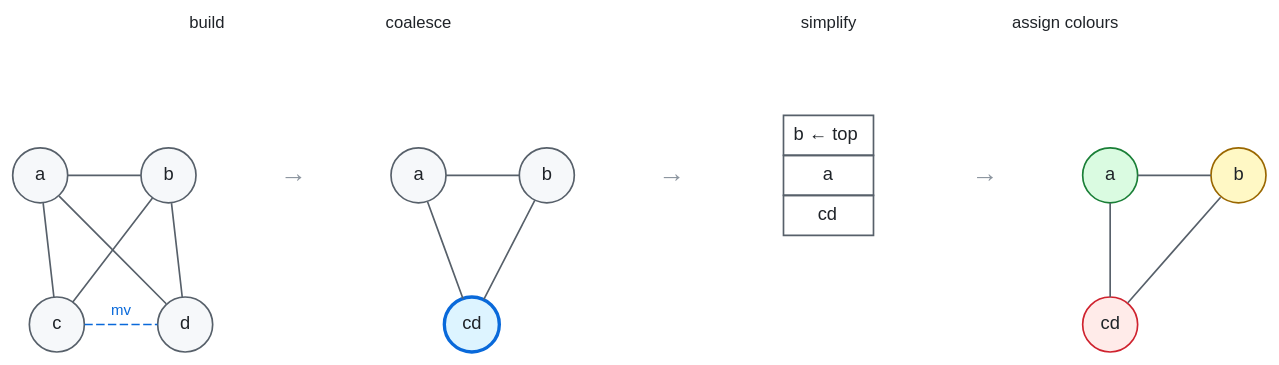
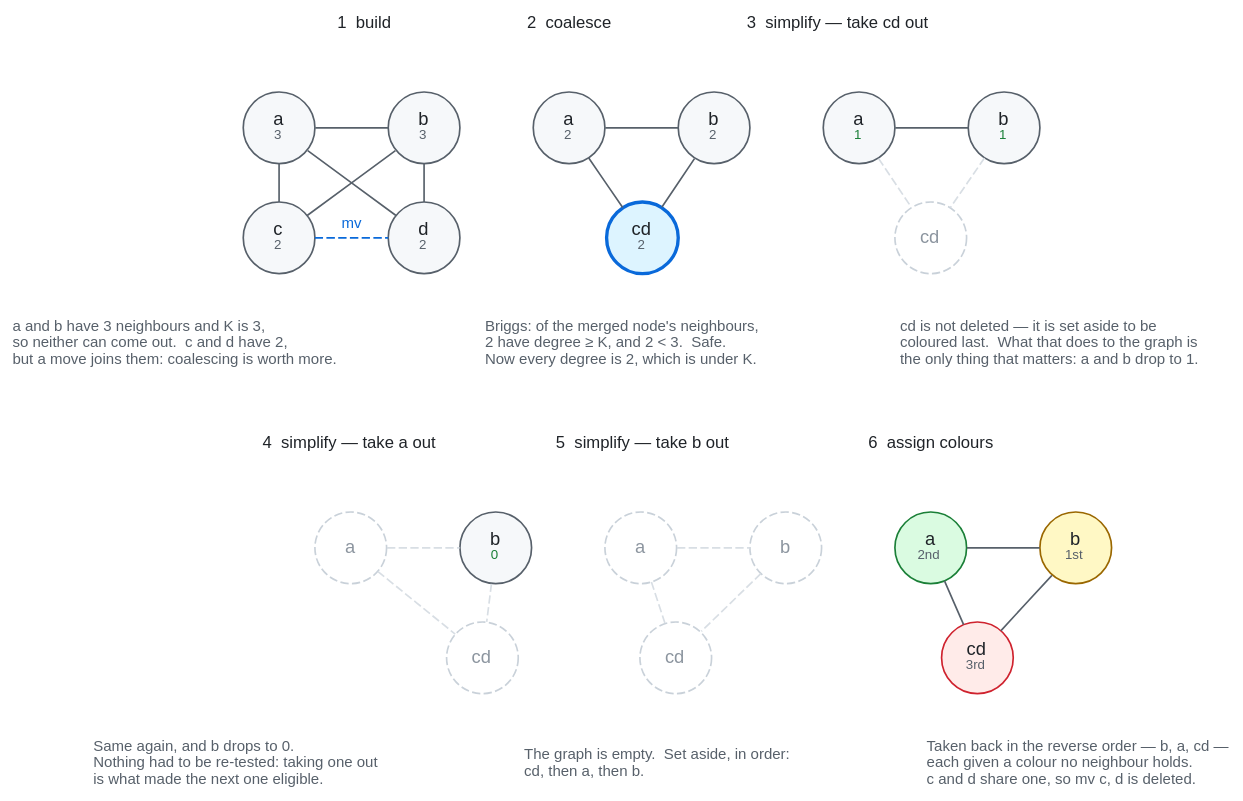
One commit to aita/CompLab changed the diagram in Sable/compiler/doc/figures/steps.dot. Above: the diagram before and after it, drawn with Graphviz. The commit also changed 13 other files, not shown here.

```diff
--- a/Sable/compiler/doc/figures/steps.dot
+++ b/Sable/compiler/doc/figures/steps.dot
@@ -1,70 +1,113 @@
-// One graph carried through the loop, a step at a time.  A miniature: K is 3
-// and there are four values, because a real interference graph is the size of
-// the one in interference.dot and will not fit on a page.
-// The prose that goes with each panel is in doc/regalloc.md §4.
+// The loop, panel by panel, on a miniature: K is 3 and there are four values,
+// because a real interference graph is the size of the one in
+// interference.dot and will not fit on a page.
+//
+// The degree under each name is the point of the middle panels.  Taking a node
+// out of the graph is not deleting the value: it is deciding to colour that one
+// last, and what it does to the graph is lower its neighbours' degrees.  That
+// is why the rest come off without anything else having to be checked.
+//
+// See doc/regalloc.md §3 and §4.
 // Render with ./render.sh (needs graphviz).
 digraph steps {
   rankdir = TB;
   bgcolor = "transparent";
   nodesep = 0.30;
-  ranksep = 0.45;
+  ranksep = 0.30;
   node [shape = circle, style = filled, fillcolor = "#f6f8fa",
         color = "#57606a", fontcolor = "#1f2328",
-        fontname = "Helvetica", fontsize = 11, width = 0.46, fixedsize = true];
+        fontname = "Helvetica", fontsize = 11, width = 0.60, fixedsize = true];
   edge [color = "#57606a", dir = none, fontcolor = "#57606a",
         fontname = "Helvetica", fontsize = 9];
-
-  // Titles, arrows and spacers are plain text on their own ranks.
   { node [shape = plaintext, style = "", fixedsize = false, width = 0,
           fontsize = 10, fontcolor = "#1f2328"];
-    t1 [label = "build"];
-    t2 [label = "coalesce"];
-    t3 [label = "simplify"];
-    t4 [label = "assign colours"]; }
+    t1 [label = "1  build"];
+    t2 [label = "2  coalesce"];
+    t3 [label = "3  simplify — take cd out"];
+    t4 [label = "4  simplify — take a out"];
+    t5 [label = "5  simplify — take b out"];
+    t6 [label = "6  assign colours"]; }
   { node [shape = plaintext, style = "", fixedsize = false, width = 0,
-          fontsize = 16, fontcolor = "#8c959f"];
-    r1 [label = "→"]; r2 [label = "→"]; r3 [label = "→"]; }
+          fontsize = 9, fontcolor = "#57606a"];
+    k1 [label = "a and b have 3 neighbours and K is 3,\lso neither can come out.  c and d have 2,\lbut a move joins them: coalescing is worth more.\l"];
+    k2 [label = "Briggs: of the merged node's neighbours,\l2 have degree ≥ K, and 2 < 3.  Safe.\lNow every degree is 2, which is under K.\l"];
+    k3 [label = "cd is not deleted — it is set aside to be\lcoloured last.  What that does to the graph is\lthe only thing that matters: a and b drop to 1.\l"];
+    k4 [label = "Same again, and b drops to 0.\lNothing had to be re-tested: taking one out\lis what made the next one eligible.\l"];
+    k5 [label = "The graph is empty.  Set aside, in order:\lcd, then a, then b.\l"];
+    k6 [label = "Taken back in the reverse order — b, a, cd —\leach given a colour no neighbour holds.\lc and d share one, so mv c, d is deleted.\l"]; }
 
-  // ---------------------------------------------------------------- panels
-  a1 [label = "a"]; b1 [label = "b"]; c1 [label = "c"]; d1 [label = "d"];
-  a2 [label = "a"]; b2 [label = "b"];
-  cd2 [label = "cd", fillcolor = "#ddf4ff", color = "#0969da", penwidth = 2];
-  a4 [label = "a", fillcolor = "#dafbe1", color = "#1a7f37"];
-  b4 [label = "b", fillcolor = "#fff8c5", color = "#9a6700"];
-  cd4 [label = "cd", fillcolor = "#ffebe9", color = "#cf222e"];
-  // The stack is one table so that it stays compact next to the graphs.
-  // (A record cannot take the flat ordering edges below.)
-  stack [shape = plaintext, style = "", fixedsize = false, width = 0,
-         label = <<TABLE BORDER="0" CELLBORDER="1" CELLSPACING="0"
-                         CELLPADDING="5" COLOR="#57606a">
-           <TR><TD>b &#8592; top</TD></TR>
-           <TR><TD>a</TD></TR>
-           <TR><TD>cd</TD></TR>
-         </TABLE>>];
-
-  // ----------------------------------------------------------------- ranks
-  { rank = same; t1; t2; t3; t4; }
-  { rank = same; a1; b1; r1; a2; b2; r2; stack; r3; a4; b4; }
-  { rank = same; c1; d1; cd2; cd4; }
-
-  // 1. the graph as built.  a and b are at K, c and d are joined by a move.
-  a1 -> b1;
-  a1 -> c1; b1 -> c1;
-  a1 -> d1; b1 -> d1;
+  // ----------------------------------------------------------- 1. build
+  a1 [label = <a<BR/><FONT POINT-SIZE="8" COLOR="#57606a">3</FONT>>];
+  b1 [label = <b<BR/><FONT POINT-SIZE="8" COLOR="#57606a">3</FONT>>];
+  c1 [label = <c<BR/><FONT POINT-SIZE="8" COLOR="#57606a">2</FONT>>];
+  d1 [label = <d<BR/><FONT POINT-SIZE="8" COLOR="#57606a">2</FONT>>];
+  a1 -> b1; a1 -> c1; b1 -> c1; a1 -> d1; b1 -> d1;
   c1 -> d1 [style = dashed, color = "#0969da", label = "mv", fontcolor = "#0969da"];
 
-  // 2. after the move's ends are merged.
-  a2 -> b2;
-  a2 -> cd2; b2 -> cd2;
+  // -------------------------------------------------------- 2. coalesce
+  a2 [label = <a<BR/><FONT POINT-SIZE="8" COLOR="#57606a">2</FONT>>];
+  b2 [label = <b<BR/><FONT POINT-SIZE="8" COLOR="#57606a">2</FONT>>];
+  cd2 [label = <cd<BR/><FONT POINT-SIZE="8" COLOR="#57606a">2</FONT>>,
+       fillcolor = "#ddf4ff", color = "#0969da", penwidth = 2];
+  a2 -> b2; a2 -> cd2; b2 -> cd2;
 
-  // 4. put back in the reverse order, each given a colour no neighbour has.
-  a4 -> b4;
-  a4 -> cd4; b4 -> cd4;
+  // ------------------------------------------------ 3. cd set aside
+  a3 [label = <a<BR/><FONT POINT-SIZE="8" COLOR="#1a7f37">1</FONT>>];
+  b3 [label = <b<BR/><FONT POINT-SIZE="8" COLOR="#1a7f37">1</FONT>>];
+  cd3 [label = <<FONT COLOR="#8c959f">cd</FONT>>, style = "filled,dashed",
+       fillcolor = "#ffffff", color = "#c9d1d9"];
+  a3 -> b3;
+  a3 -> cd3 [style = dashed, color = "#d8dee4"];
+  b3 -> cd3 [style = dashed, color = "#d8dee4"];
 
-  // Left-to-right order within each rank.
+  // ------------------------------------------------- 4. a set aside
+  a4 [label = <<FONT COLOR="#8c959f">a</FONT>>, style = "filled,dashed",
+      fillcolor = "#ffffff", color = "#c9d1d9"];
+  b4 [label = <b<BR/><FONT POINT-SIZE="8" COLOR="#1a7f37">0</FONT>>];
+  cd4 [label = <<FONT COLOR="#8c959f">cd</FONT>>, style = "filled,dashed",
+       fillcolor = "#ffffff", color = "#c9d1d9"];
+  a4 -> b4 [style = dashed, color = "#d8dee4"];
+  a4 -> cd4 [style = dashed, color = "#d8dee4"];
+  b4 -> cd4 [style = dashed, color = "#d8dee4"];
+
+  // ------------------------------------------------- 5. b set aside
+  { node [style = "filled,dashed", fillcolor = "#ffffff", color = "#c9d1d9"];
+    a5 [label = <<FONT COLOR="#8c959f">a</FONT>>];
+    b5 [label = <<FONT COLOR="#8c959f">b</FONT>>];
+    cd5 [label = <<FONT COLOR="#8c959f">cd</FONT>>]; }
+  a5 -> b5 [style = dashed, color = "#d8dee4"];
+  a5 -> cd5 [style = dashed, color = "#d8dee4"];
+  b5 -> cd5 [style = dashed, color = "#d8dee4"];
+
+  // --------------------------------------------- 6. colours, in reverse
+  a6 [label = <a<BR/><FONT POINT-SIZE="8" COLOR="#57606a">2nd</FONT>>,
+      fillcolor = "#dafbe1", color = "#1a7f37"];
+  b6 [label = <b<BR/><FONT POINT-SIZE="8" COLOR="#57606a">1st</FONT>>,
+      fillcolor = "#fff8c5", color = "#9a6700"];
+  cd6 [label = <cd<BR/><FONT POINT-SIZE="8" COLOR="#57606a">3rd</FONT>>,
+       fillcolor = "#ffebe9", color = "#cf222e"];
+  a6 -> b6; a6 -> cd6; b6 -> cd6;
+
+  // ----------------------------------------------------------- the grid
+  { rank = same; t1; t2; t3; }
+  { rank = same; a1; b1; a2; b2; a3; b3; }
+  { rank = same; c1; d1; cd2; cd3; }
+  { rank = same; k1; k2; k3; }
+  { rank = same; t4; t5; t6; }
+  { rank = same; a4; b4; a5; b5; a6; b6; }
+  { rank = same; cd4; cd5; cd6; }
+  { rank = same; k4; k5; k6; }
+
   edge [style = invis];
-  b1 -> r1; r1 -> a2; b2 -> r2; r2 -> stack; stack -> r3; r3 -> a4;
-  d1 -> cd2; cd2 -> cd4;
-  t1 -> a1; t2 -> a2; t3 -> stack; t4 -> a4;
-  t1 -> t2; t2 -> t3; t3 -> t4;
+  // left to right within a row
+  b1 -> a2; b2 -> a3;   d1 -> cd2; cd2 -> cd3;   t1 -> t2; t2 -> t3;
+  k1 -> k2; k2 -> k3;
+  b4 -> a5; b5 -> a6;   cd4 -> cd5; cd5 -> cd6;  t4 -> t5; t5 -> t6;
+  k4 -> k5; k5 -> k6;
+  // titles above their panel, captions below it, and row 1 above row 2
+  t1 -> a1; t2 -> a2; t3 -> a3;
+  cd3 -> k3; cd2 -> k2; c1 -> k1;
+  k1 -> t4; k2 -> t5; k3 -> t6;
+  t4 -> a4; t5 -> a5; t6 -> a6;
+  cd4 -> k4; cd5 -> k5; cd6 -> k6;
 }
```
